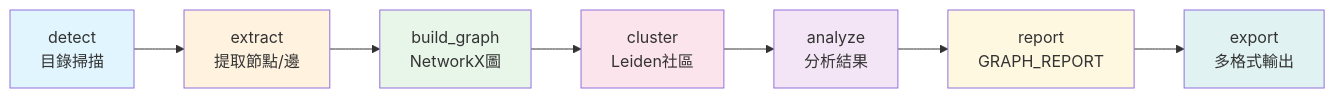
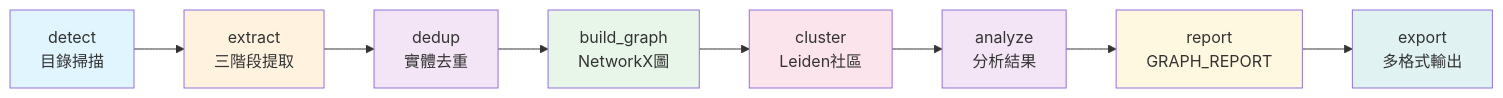
Before and after one commit to chihhung/Blog: the sixth of 14 diagrams in content/posts/教學/AI開發/Graphify教學手冊.md, drawn with Mermaid. The commit also changed other lines of this file and 5 other files, not shown here.

````diff
--- a/content/posts/教學/AI開發/Graphify教學手冊.md
+++ b/content/posts/教學/AI開發/Graphify教學手冊.md
@@ -277,17 +398,19 @@
 ```mermaid
 flowchart LR
-    A[detect<br>目錄掃描] --> B[extract<br>提取節點/邊]
-    B --> C[build_graph<br>NetworkX圖]
-    C --> D[cluster<br>Leiden社區]
-    D --> E[analyze<br>分析結果]
-    E --> F[report<br>GRAPH_REPORT]
-    F --> G[export<br>多格式輸出]
+    A[detect<br>目錄掃描] --> B[extract<br>三階段提取]
+    B --> C[dedup<br>實體去重]
+    C --> D[build_graph<br>NetworkX圖]
+    D --> E[cluster<br>Leiden社區]
+    E --> F[analyze<br>分析結果]
+    F --> G[report<br>GRAPH_REPORT]
+    G --> H[export<br>多格式輸出]
     
     style A fill:#e1f5fe
     style B fill:#fff3e0
-    style C fill:#e8f5e9
-    style D fill:#fce4ec
-    style E fill:#f3e5f5
-    style F fill:#fff8e1
-    style G fill:#e0f2f1
+    style C fill:#f3e5f5
+    style D fill:#e8f5e9
+    style E fill:#fce4ec
+    style F fill:#f3e5f5
+    style G fill:#fff8e1
+    style H fill:#e0f2f1
 ```
````
